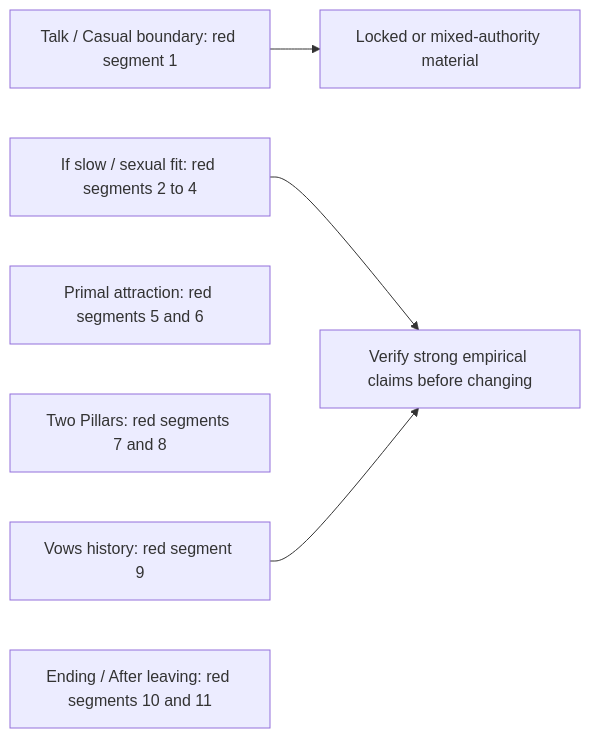
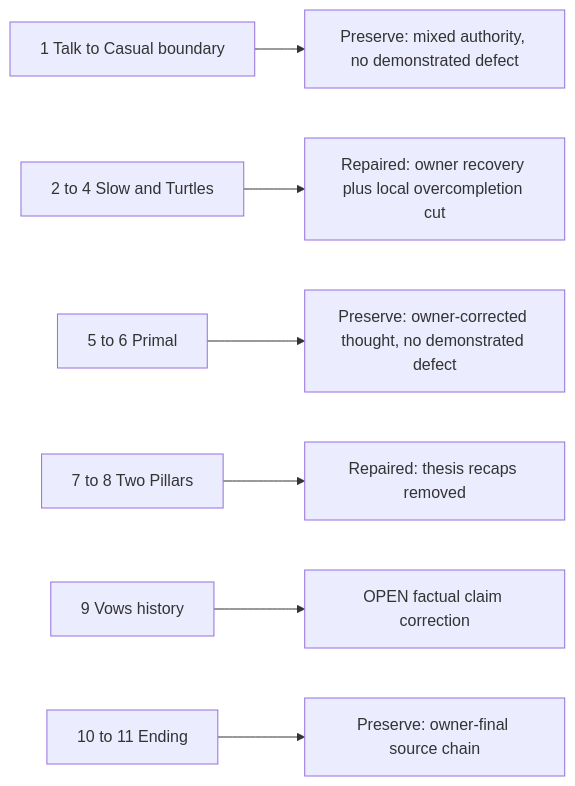
One commit to u-dont-existDOTcom/pangram-humanization-lab changed the fourth of 4 diagrams in work/romance-current-assembly/ARCHITECTURE.md. Above: the diagram before and after it, drawn with Mermaid. The commit also changed other lines of this file, not shown here.

````diff
--- a/work/romance-current-assembly/ARCHITECTURE.md
+++ b/work/romance-current-assembly/ARCHITECTURE.md
@@ -85,15 +85,9 @@
 ```mermaid
 flowchart LR
-    talk["Talk / Casual boundary: red segment 1"]
-    slow["If slow / sexual fit: red segments 2 to 4"]
-    primal["Primal attraction: red segments 5 and 6"]
-    pillars["Two Pillars: red segments 7 and 8"]
-    vows["Vows history: red segment 9"]
-    ending["Ending / After leaving: red segments 10 and 11"]
-    locked["Locked or mixed-authority material"]
-    facts["Verify strong empirical claims before changing"]
-
-    talk --> locked
-    slow --> facts
-    vows --> facts
+    talk["1 Talk to Casual boundary"] --> preserve1["Preserve: mixed authority, no demonstrated defect"]
+    slow["2 to 4 Slow and Turtles"] --> repaired1["Repaired: owner recovery plus local overcompletion cut"]
+    primal["5 to 6 Primal"] --> preserve2["Preserve: owner-corrected thought, no demonstrated defect"]
+    pillars["7 to 8 Two Pillars"] --> repaired2["Repaired: thesis recaps removed"]
+    vows["9 Vows history"] --> fact1["OPEN factual claim correction"]
+    ending["10 to 11 Ending"] --> preserve3["Preserve: owner-final source chain"]
 ```
````
